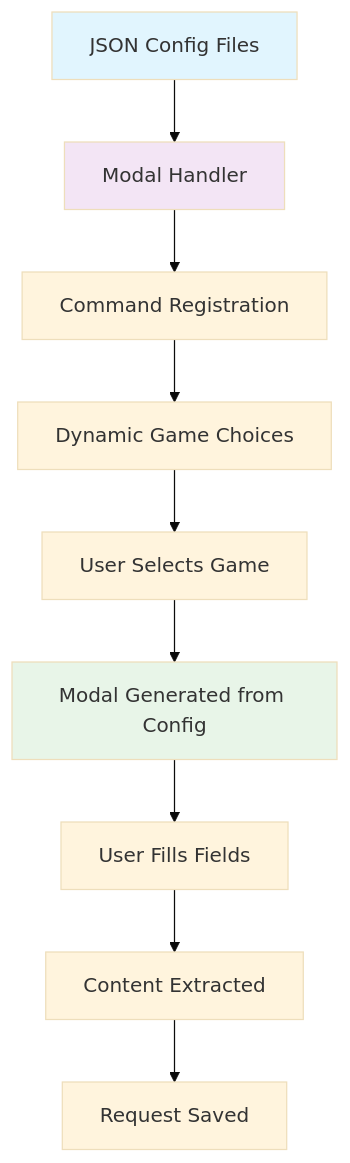
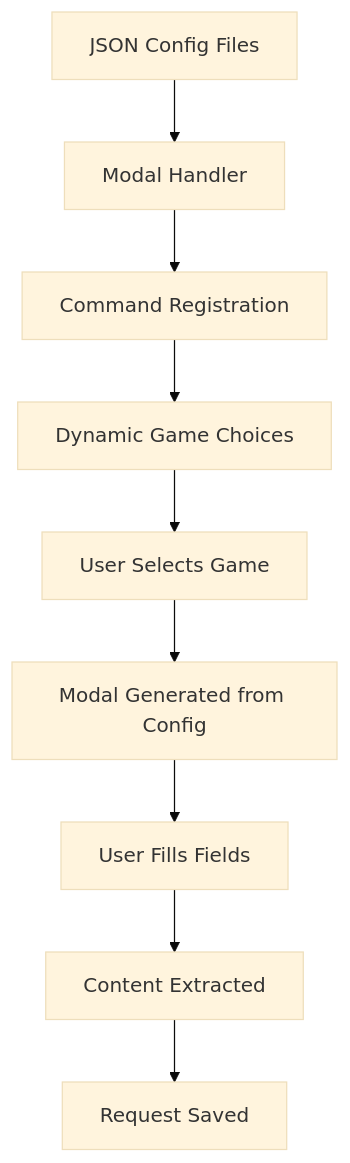
The second of 4 diagrams in GitAssets/docs/Lfp-Lft System.md (MonishKrishna2009/Apatite-Bot), drawn with Mermaid (base theme) before and after one commit. The commit also changed other lines of this file, not shown here.

Commit message:
docs: clean up flowchart styles in Lfp-Lft System documentation
- Removed unnecessary style definitions from flowcharts to streamline the documentation.
- Improved readability by eliminating redundant styling elements.

````diff
--- a/GitAssets/docs/Lfp-Lft System.md
+++ b/GitAssets/docs/Lfp-Lft System.md
@@ -234,15 +234,11 @@
 ```mermaid
 flowchart TD
     A[JSON Config Files] --> B[Modal Handler]
     B --> C[Command Registration]
     C --> D[Dynamic Game Choices]
     D --> E[User Selects Game]
     E --> F[Modal Generated from Config]
     F --> G[User Fills Fields]
     G --> H[Content Extracted]
     H --> I[Request Saved]
-    
-    style A fill:#e1f5fe
-    style B fill:#f3e5f5
-    style F fill:#e8f5e8
 ```
````
